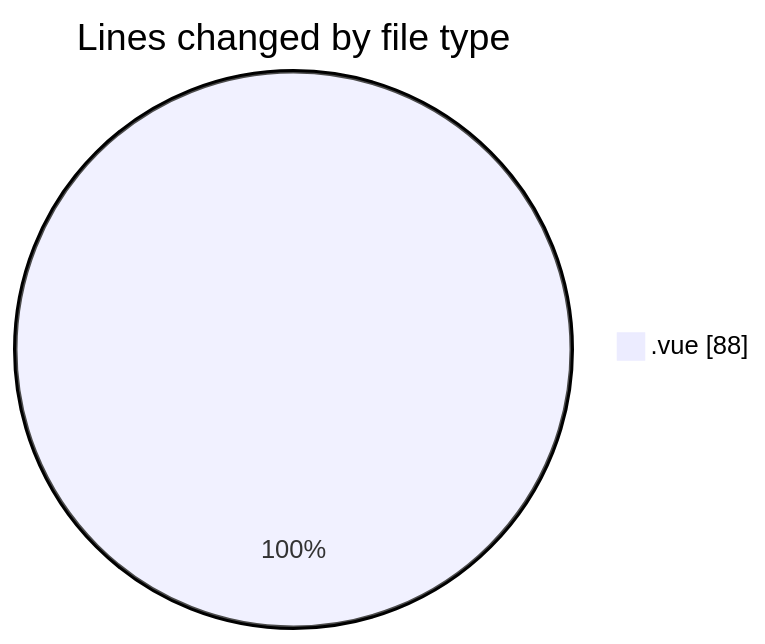
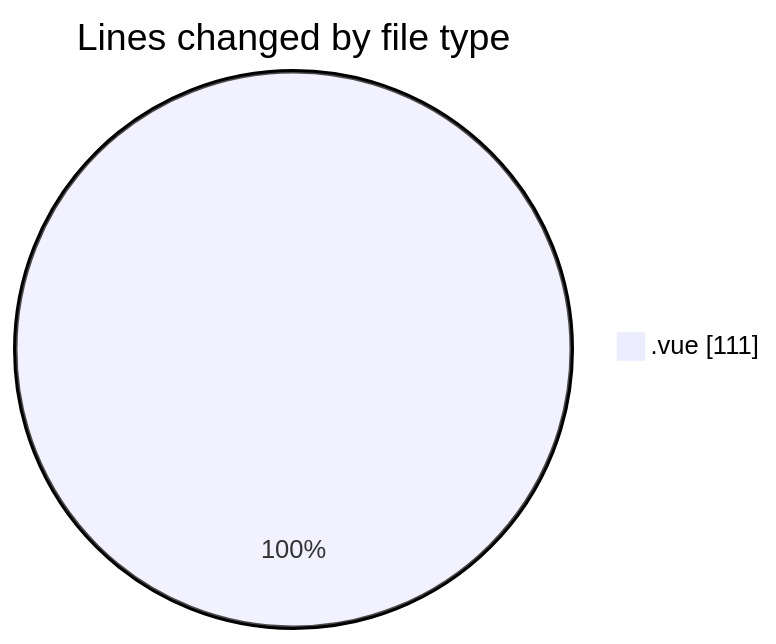
Before and after one commit to lephambinh05/code-tracking: the first of 2 diagrams in 2025-08-11/rentotp/README.md, drawn with Mermaid. The commit also changed other lines of this file and 1 other file, not shown here.

````diff
--- a/2025-08-11/rentotp/README.md
+++ b/2025-08-11/rentotp/README.md
@@ -21,5 +21,5 @@
 ```mermaid
 pie showData
 title Lines changed by file type
-".vue" : 88
+".vue" : 111
 ```
````
